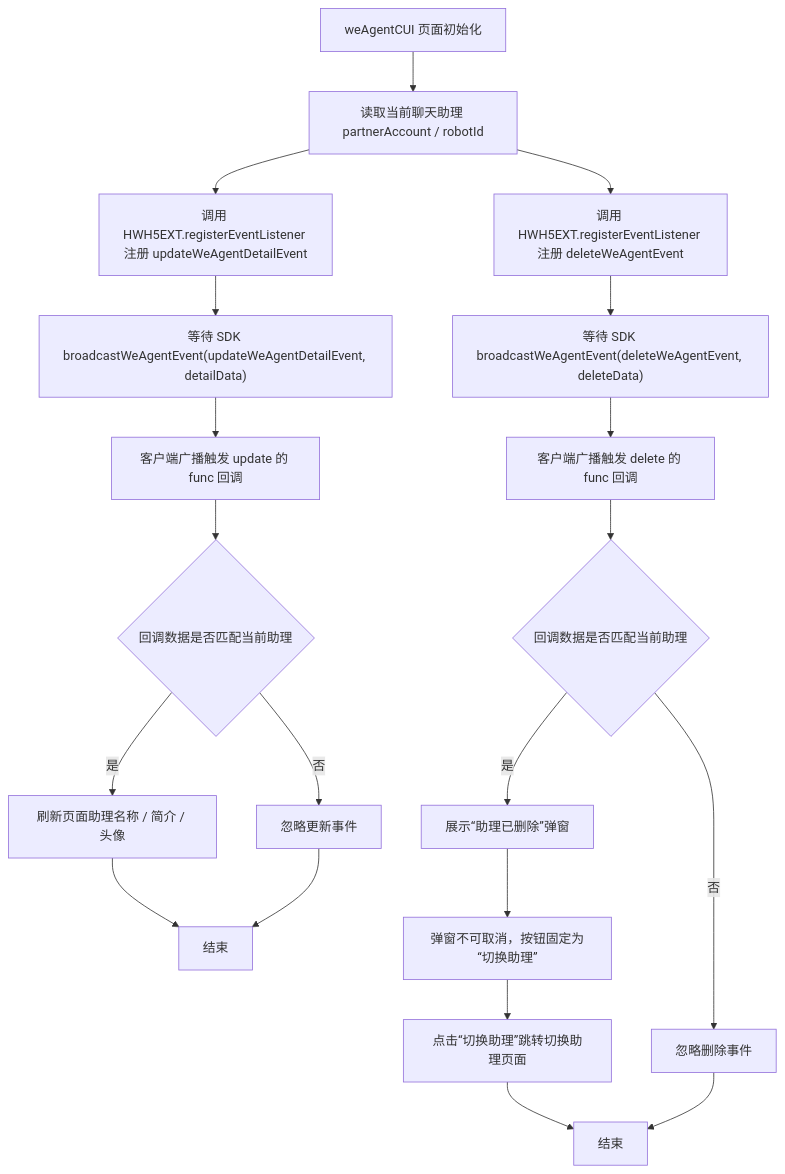
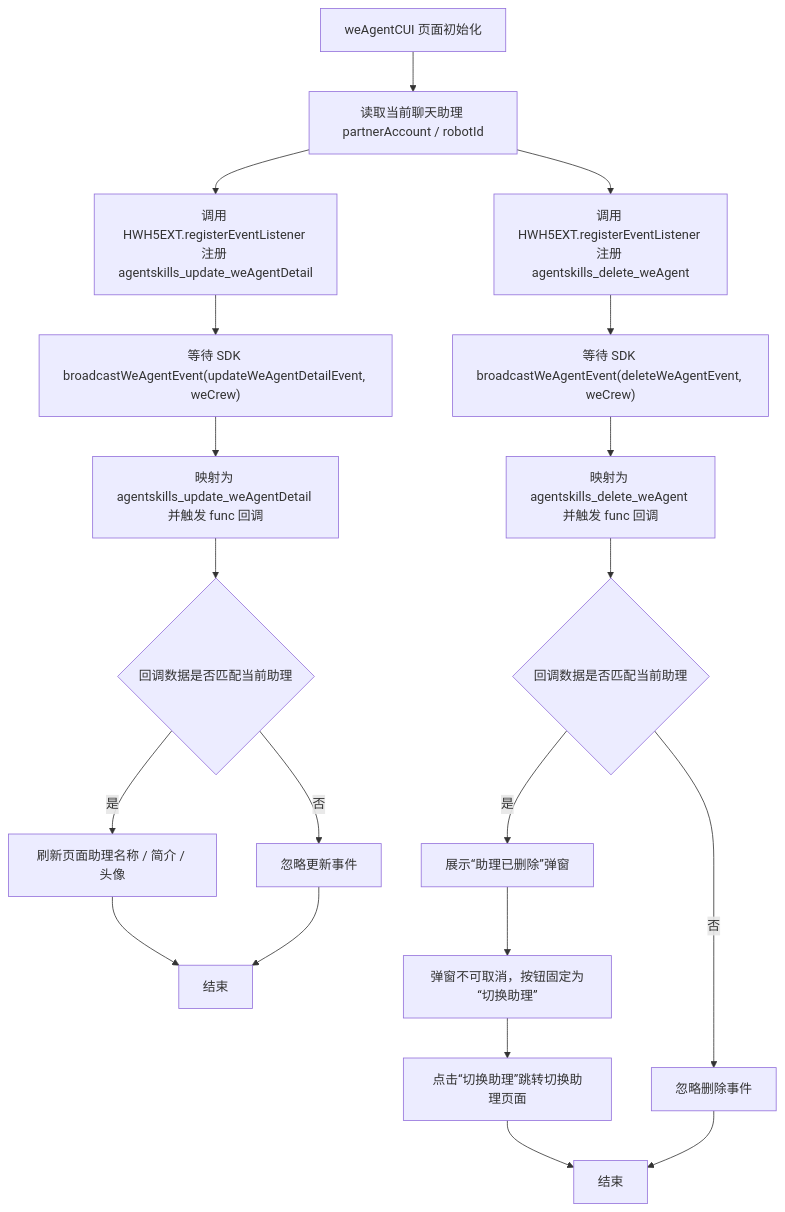
One commit to Abelsjcheng/skillSDK changed the ninth of 9 diagrams in 2026-05-08-we-agent-detail-sync-plan.md. Above: the diagram before and after it, drawn with Mermaid. The commit also changed other lines of this file, not shown here.

````diff
--- a/2026-05-08-we-agent-detail-sync-plan.md
+++ b/2026-05-08-we-agent-detail-sync-plan.md
@@ -515,25 +525,25 @@
 ```mermaid
 flowchart TD
     A["weAgentCUI 页面初始化"] --> B["读取当前聊天助理 partnerAccount / robotId"]
-    B --> C["调用 HWH5EXT.registerEventListener 注册 updateWeAgentDetailEvent"]
-    B --> D["调用 HWH5EXT.registerEventListener 注册 deleteWeAgentEvent"]
+    B --> C["调用 HWH5EXT.registerEventListener 注册 agentskills_update_weAgentDetail"]
+    B --> D["调用 HWH5EXT.registerEventListener 注册 agentskills_delete_weAgent"]
 
-    C --> E["等待 SDK broadcastWeAgentEvent(updateWeAgentDetailEvent, detailData)"]
-    D --> F["等待 SDK broadcastWeAgentEvent(deleteWeAgentEvent, deleteData)"]
+    C --> E["等待 SDK broadcastWeAgentEvent(updateWeAgentDetailEvent, weCrew)"]
+    D --> F["等待 SDK broadcastWeAgentEvent(deleteWeAgentEvent, weCrew)"]
 
-    E --> G["客户端广播触发 update 的 func 回调"]
+    E --> G["映射为 agentskills_update_weAgentDetail 并触发 func 回调"]
     G --> H{"回调数据是否匹配当前助理"}
     H -- "否" --> I["忽略更新事件"]
     H -- "是" --> J["刷新页面助理名称 / 简介 / 头像"]
     J --> K["结束"]
     I --> K
 
-    F --> L["客户端广播触发 delete 的 func 回调"]
+    F --> L["映射为 agentskills_delete_weAgent 并触发 func 回调"]
     L --> M{"回调数据是否匹配当前助理"}
     M -- "否" --> N["忽略删除事件"]
     M -- "是" --> O["展示“助理已删除”弹窗"]
     O --> P["弹窗不可取消，按钮固定为“切换助理”"]
     P --> Q["点击“切换助理”跳转切换助理页面"]
     Q --> R["结束"]
     N --> R
 ```
````
